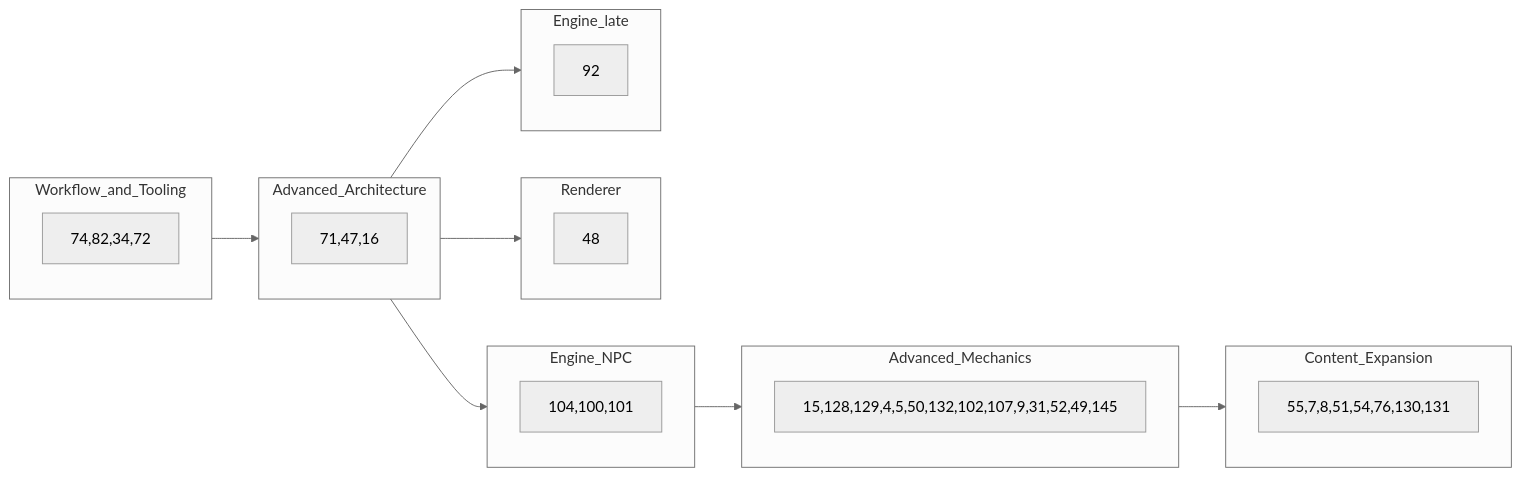
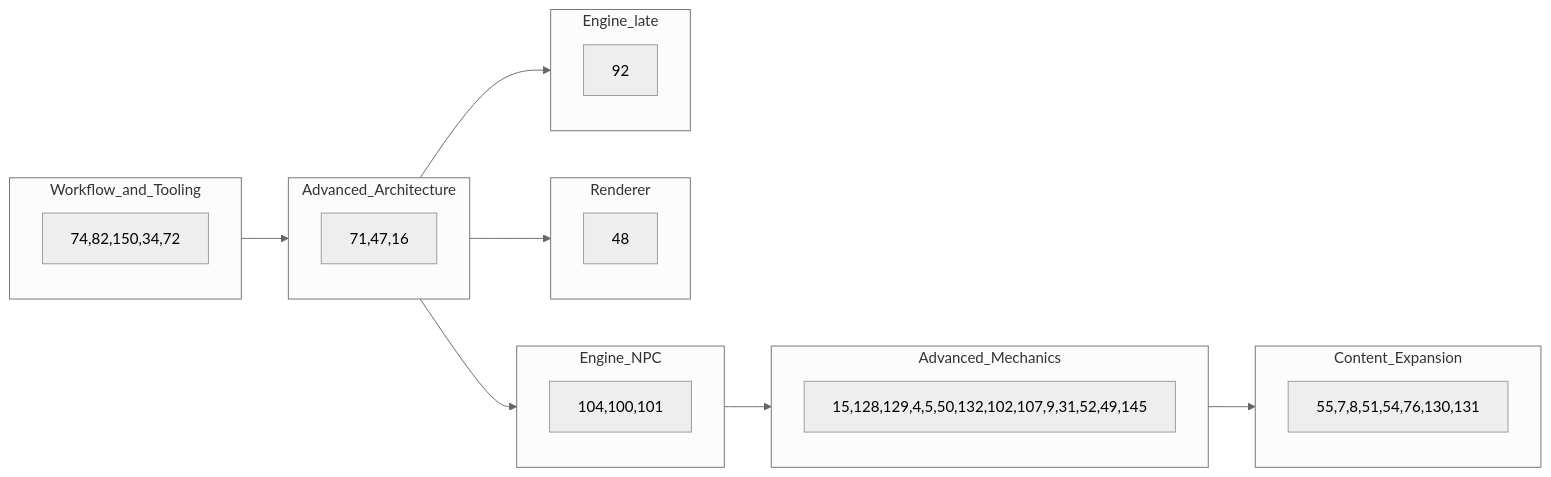
Before and after one commit to ianmays/dosmud: the diagram in DEV_PLAN.md, drawn with Mermaid (neutral theme). The commit also changed other lines of this file, not shown here.

First line of the commit message:
add #150 to DEV_PLAN milestone 4 roadmap

````diff
--- a/DEV_PLAN.md
+++ b/DEV_PLAN.md
@@ -44,30 +44,30 @@
 ```mermaid
 flowchart LR
   subgraph m4 [Workflow_and_Tooling]
-    M4["74,82,34,72"]
+    M4["74,82,150,34,72"]
   end
   subgraph m5 [Advanced_Architecture]
     M5["71,47,16"]
   end
   subgraph m9a [Engine_NPC]
     M9a["104,100,101"]
   end
   subgraph m8 [Advanced_Mechanics]
     M8["15,128,129,4,5,50,132,102,107,9,31,52,49,145"]
   end
   subgraph m6 [Content_Expansion]
     M6["55,7,8,51,54,76,130,131"]
   end
   subgraph m7 [Renderer]
     M7["48"]
   end
   subgraph m9b [Engine_late]
     M9b["92"]
   end
   m4 --> m5
   m5 --> m9a
   m9a --> m8
   m8 --> m6
   m5 --> m7
   m5 --> m9b
 ```
````
